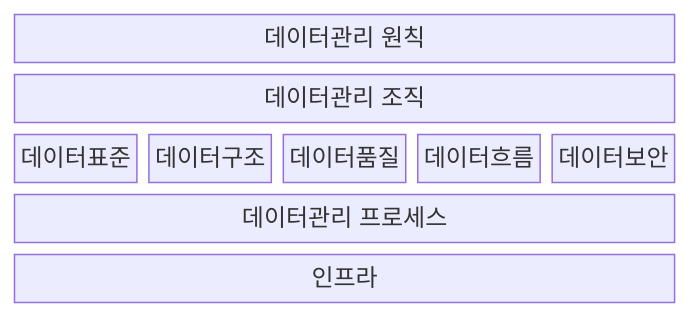
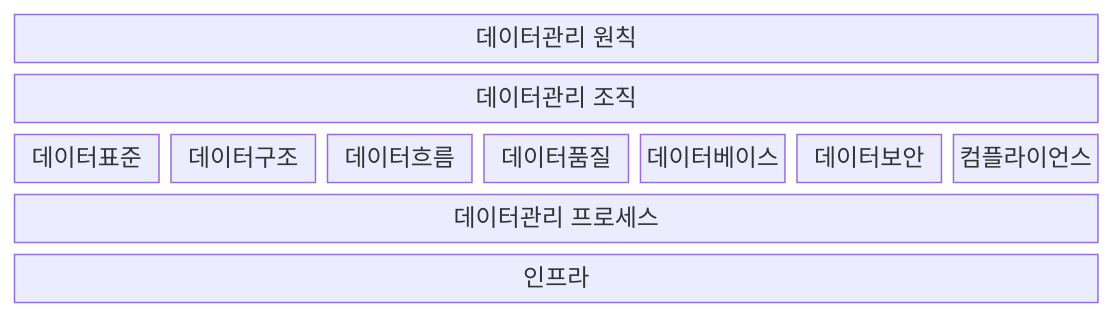
One commit to gracefullight/gracefullight.github.io changed the diagram in blog/pe/db/data-governance.md. Above: the diagram before and after it, drawn with Mermaid. The commit also changed other lines of this file, not shown here.

Commit message:
docs: 📚️ data governance

````diff
--- a/blog/pe/db/data-governance.md
+++ b/blog/pe/db/data-governance.md
@@ -19,10 +21,10 @@
 ```mermaid
 block-beta
-  columns 5
+  columns 7
 
-  데이터관리원칙["데이터관리 원칙"]:5
-  데이터관리조직["데이터관리 조직"]:5
-  데이터표준 데이터구조 데이터품질 데이터흐름 데이터보안
-  데이터관리프로세스["데이터관리 프로세스"]:5
-  인프라:5
+  데이터관리원칙["데이터관리 원칙"]:7
+  데이터관리조직["데이터관리 조직"]:7
+  데이터표준 데이터구조 데이터흐름 데이터품질 데이터베이스 데이터보안 컴플라이언스
+  데이터관리프로세스["데이터관리 프로세스"]:7
+  인프라:7
 ```
````
